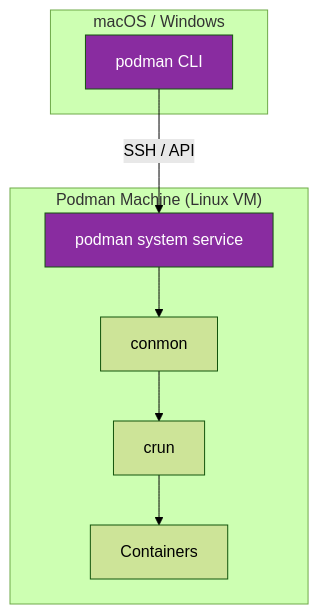
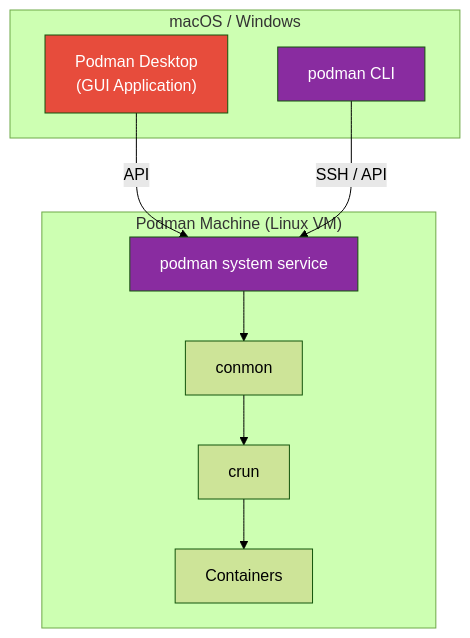
One commit to abhishekbansal012/docker-mastery changed the ninth of 9 diagrams in notes/02-container-runtimes/02-podman-architecture.md. Above: the diagram before and after it, drawn with Mermaid (forest theme). The commit also changed other lines of this file and 28 other files, not shown here.

````diff
--- a/notes/02-container-runtimes/02-podman-architecture.md
+++ b/notes/02-container-runtimes/02-podman-architecture.md
@@ -465,19 +468,22 @@
 ```mermaid
 graph TB
     subgraph "macOS / Windows"
+        PD["Podman Desktop<br/>(GUI Application)"]
         CLI2["podman CLI"]
     end
 
     subgraph "Podman Machine (Linux VM)"
         PODMAN_SVC["podman system service"]
         CONMON2["conmon"]
         CRUN2["crun"]
         CT["Containers"]
     end
 
+    PD -->|"API"| PODMAN_SVC
     CLI2 -->|"SSH / API"| PODMAN_SVC
     PODMAN_SVC --> CONMON2 --> CRUN2 --> CT
 
+    style PD fill:#e74c3c,color:#fff
     style CLI2 fill:#892ca0,color:#fff
     style PODMAN_SVC fill:#892ca0,color:#fff
 ```
````
